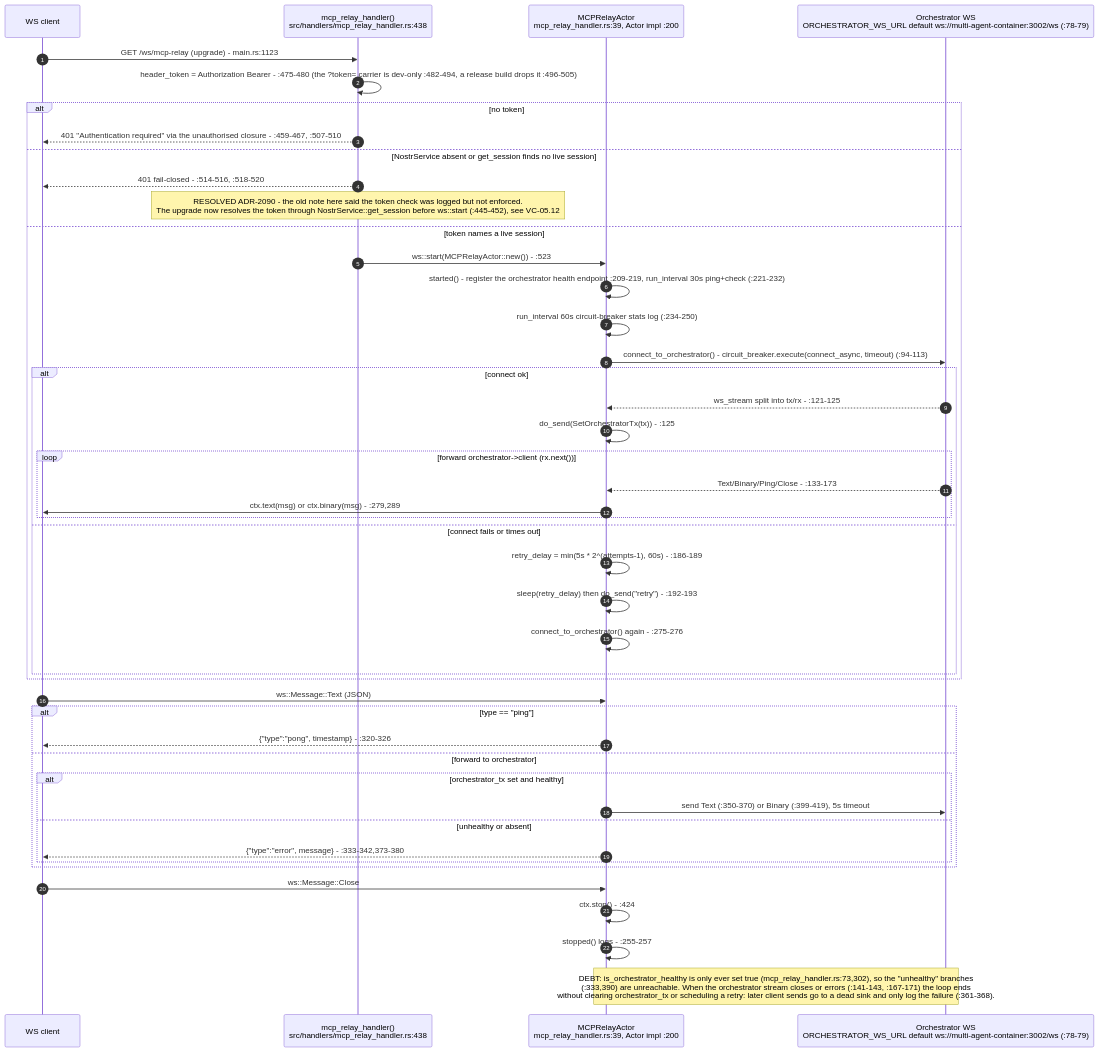
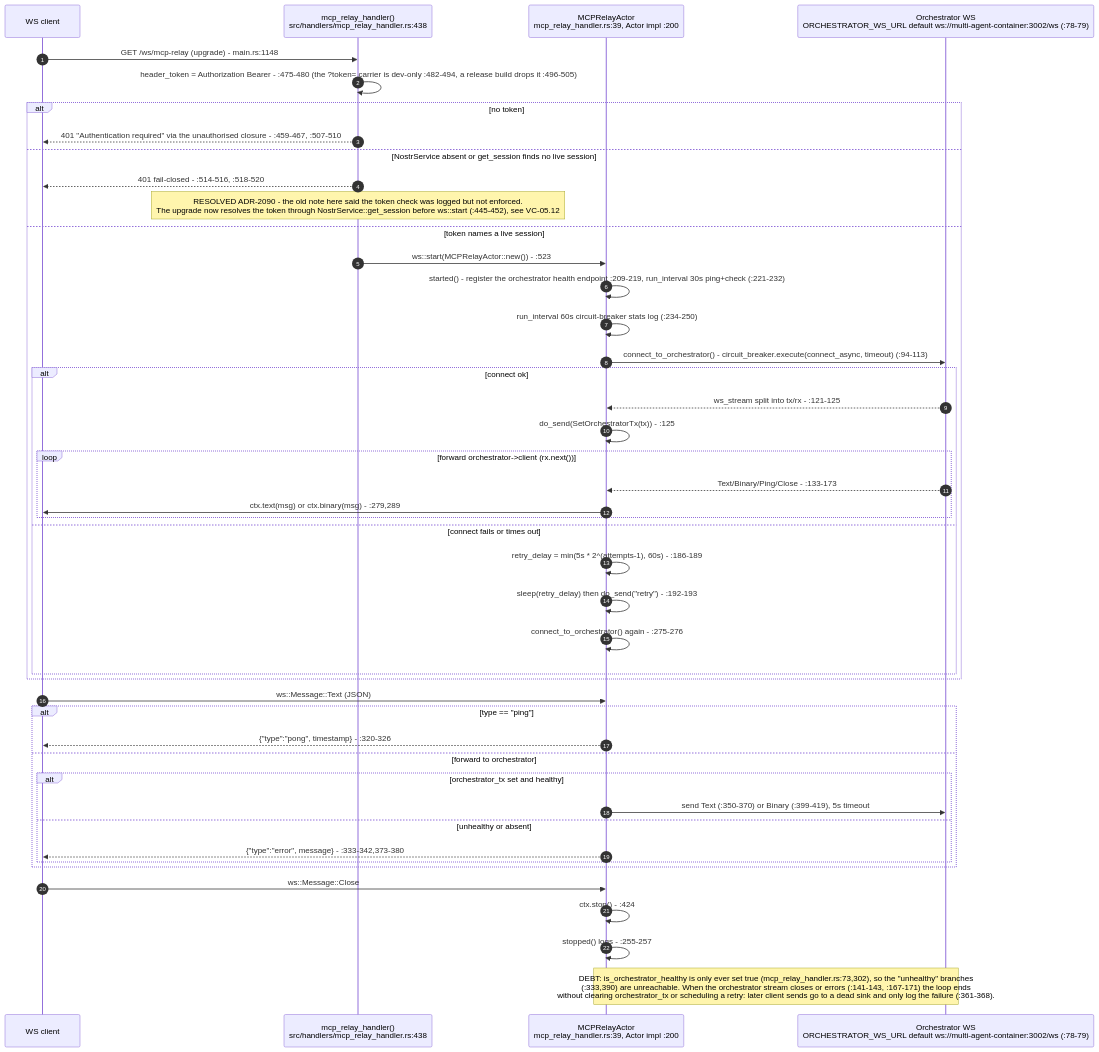
Before and after one commit to DreamLab-AI/VisionFlow: the third of 11 diagrams in docs/diagrams/visionclaw/27-agent-integration-mcp-relay.md, drawn with Mermaid. The commit also changed other lines of this file and 46 other files, not shown here.

Commit message:
docs(diagrams): re-verify VisionClaw topics at 809a859aa/a950f4d80 after the consolidation pass

````diff
--- a/docs/diagrams/visionclaw/27-agent-integration-mcp-relay.md
+++ b/docs/diagrams/visionclaw/27-agent-integration-mcp-relay.md
@@ -127,48 +128,48 @@
 ```mermaid
 sequenceDiagram
     autonumber
     participant Client as WS client
     participant H as mcp_relay_handler()<br/>src/handlers/mcp_relay_handler.rs:438
     participant A as MCPRelayActor<br/>mcp_relay_handler.rs:39, Actor impl :200
     participant O as Orchestrator WS<br/>ORCHESTRATOR_WS_URL default ws://multi-agent-container:3002/ws (:78-79)
 
-    Client->>H: GET /ws/mcp-relay (upgrade) - main.rs:1123
+    Client->>H: GET /ws/mcp-relay (upgrade) - main.rs:1148
     H->>H: header_token = Authorization Bearer - :475-480 (the ?token= carrier is dev-only :482-494, a release build drops it :496-505)
     alt no token
         H-->>Client: 401 "Authentication required" via the unauthorised closure - :459-467, :507-510
     else NostrService absent or get_session finds no live session
         H-->>Client: 401 fail-closed - :514-516, :518-520
         Note over H: RESOLVED ADR-2090 - the old note here said the token check was logged but not enforced.<br/>The upgrade now resolves the token through NostrService::get_session before ws::start (:445-452), see VC-05.12
     else token names a live session
         H->>A: ws::start(MCPRelayActor::new()) - :523
         A->>A: started() - register the orchestrator health endpoint :209-219, run_interval 30s ping+check (:221-232)
         A->>A: run_interval 60s circuit-breaker stats log (:234-250)
         A->>O: connect_to_orchestrator() - circuit_breaker.execute(connect_async, timeout) (:94-113)
         alt connect ok
             O-->>A: ws_stream split into tx/rx - :121-125
             A->>A: do_send(SetOrchestratorTx(tx)) - :125
             loop forward orchestrator->client (rx.next())
                 O-->>A: Text/Binary/Ping/Close - :133-173
                 A->>Client: ctx.text(msg) or ctx.binary(msg) - :279,289
             end
         else connect fails or times out
             A->>A: retry_delay = min(5s * 2^(attempts-1), 60s) - :186-189
             A->>A: sleep(retry_delay) then do_send("retry") - :192-193
             A->>A: connect_to_orchestrator() again - :275-276
         end
     end
     Client->>A: ws::Message::Text (JSON)
     alt type == "ping"
         A-->>Client: {"type":"pong", timestamp} - :320-326
     else forward to orchestrator
         alt orchestrator_tx set and healthy
             A->>O: send Text (:350-370) or Binary (:399-419), 5s timeout
         else unhealthy or absent
             A-->>Client: {"type":"error", message} - :333-342,373-380
         end
     end
     Client->>A: ws::Message::Close
     A->>A: ctx.stop() - :424
     A->>A: stopped() logs - :255-257
     Note over A,O: DEBT: is_orchestrator_healthy is only ever set true (mcp_relay_handler.rs:73,302), so the "unhealthy" branches<br/>(:333,390) are unreachable. When the orchestrator stream closes or errors (:141-143, :167-171) the loop ends<br/>without clearing orchestrator_tx or scheduling a retry: later client sends go to a dead sink and only log the failure (:361-368).
 ```
````
